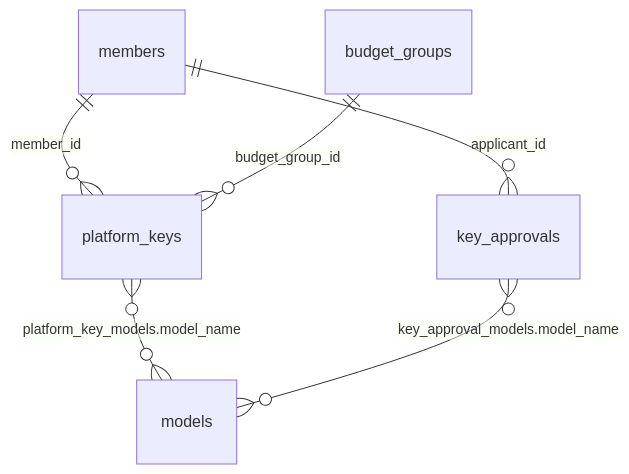
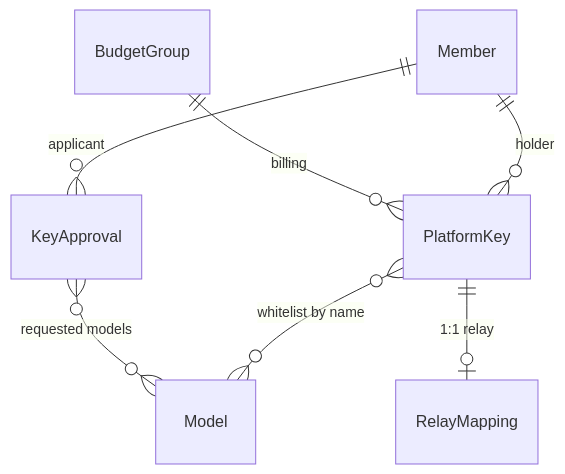
Diagram 17 of 21 in docs/Backend-存储架构.md (quyip8818/mytokenjoy), drawn with Mermaid before and after one commit. The commit also changed other lines of this file and 120 other files, not shown here.

````diff
--- a/docs/Backend-存储架构.md
+++ b/docs/Backend-存储架构.md
@@ -153,8 +493,9 @@
 ```mermaid
 erDiagram
-  members ||--o{ platform_keys : member_id
-  budget_groups ||--o{ platform_keys : budget_group_id
-  members ||--o{ key_approvals : applicant_id
-  platform_keys }o--o{ models : "platform_key_models.model_name"
-  key_approvals }o--o{ models : "key_approval_models.model_name"
+  Member ||--o{ PlatformKey : "holder"
+  BudgetGroup ||--o{ PlatformKey : "billing"
+  PlatformKey }o--o{ Model : "whitelist by name"
+  Member ||--o{ KeyApproval : "applicant"
+  KeyApproval }o--o{ Model : "requested models"
+  PlatformKey ||--o| RelayMapping : "1:1 relay"
 ```
````
